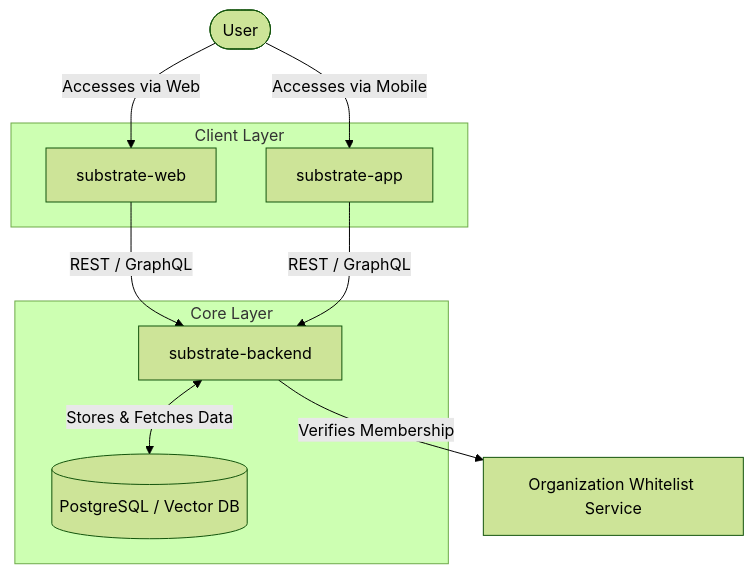
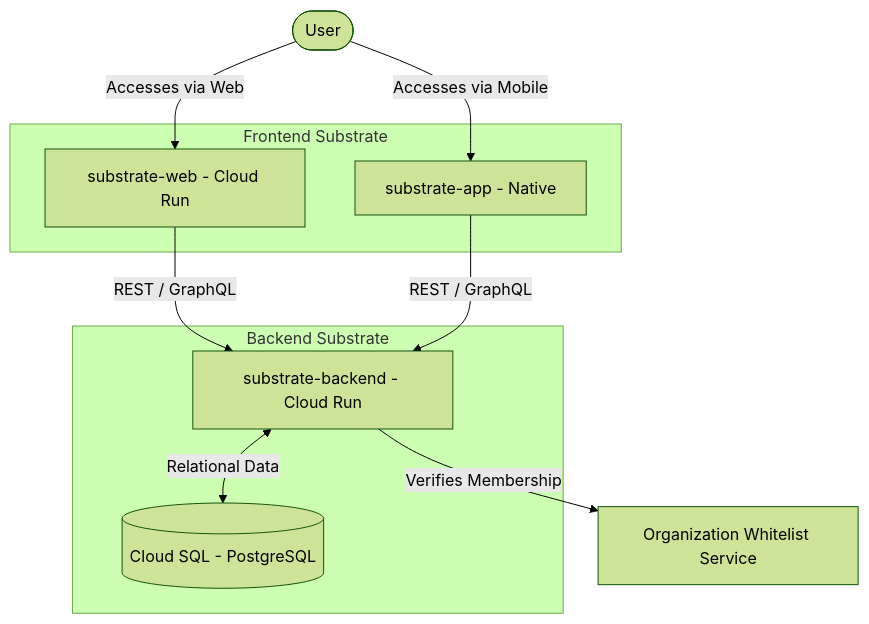
The first of 2 diagrams in 05-architecture/system-architecture.md (Operation-Substrate-Garden/substrate-requirements), drawn with Mermaid (forest theme) before and after one commit. The commit also changed other lines of this file, not shown here.

Commit message:
feat: update architecture with Cloud SQL and Cloud Run strategy

````diff
--- a/05-architecture/system-architecture.md
+++ b/05-architecture/system-architecture.md
@@ -9,25 +9,25 @@
 ```mermaid
 graph TD
     User([User])
     
-    subgraph Frontend_Substrate [Client Layer]
-        WebApp[substrate-web]
-        MobileApp[substrate-app]
+    subgraph Client_Layer [Frontend Substrate]
+        WebApp[substrate-web - Cloud Run]
+        MobileApp[substrate-app - Native]
     end
     
-    subgraph Backend_Substrate [Core Layer]
-        API[substrate-backend]
-        DB[(PostgreSQL / Vector DB)]
+    subgraph Core_Layer [Backend Substrate]
+        API[substrate-backend - Cloud Run]
+        DB[(Cloud SQL - PostgreSQL)]
     end
     
     User -->|Accesses via Web| WebApp
     User -->|Accesses via Mobile| MobileApp
     
     WebApp -->|REST / GraphQL| API
     MobileApp -->|REST / GraphQL| API
     
-    API <-->|Stores & Fetches Data| DB
+    API <-->|Relational Data| DB
     
     WhitelistService[Organization Whitelist Service]
     API -->|Verifies Membership| WhitelistService
 ```
````
